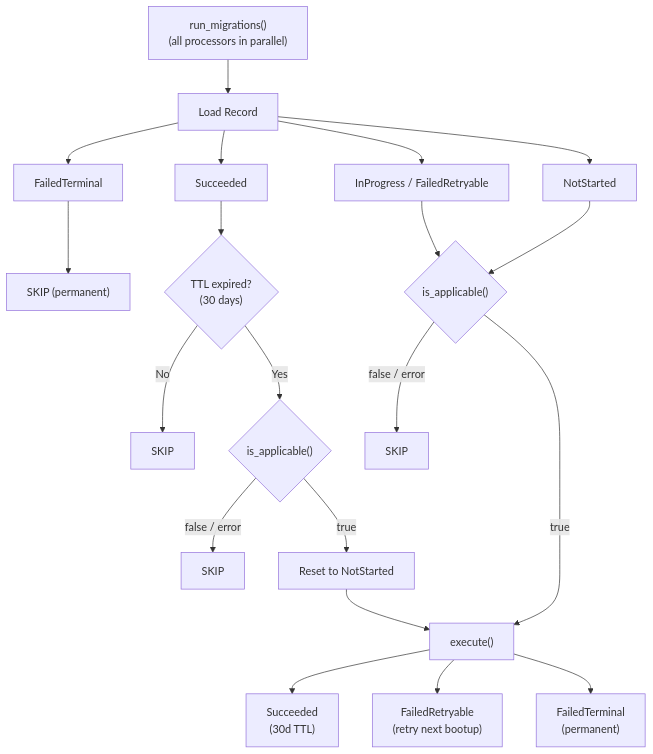
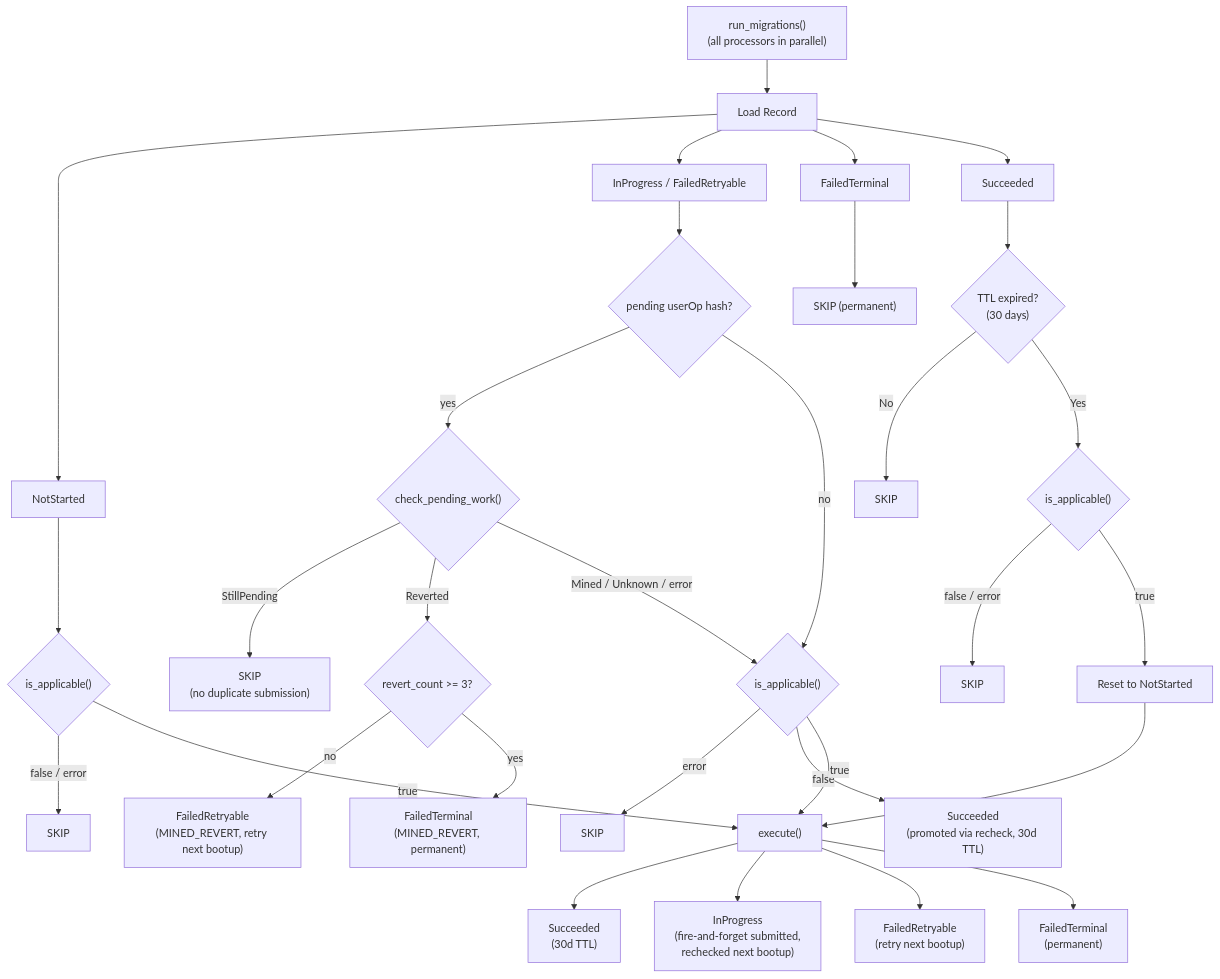
Before and after one commit to worldcoin/bedrock: the diagram in bedrock/src/migration/README.md, drawn with Mermaid. The commit also changed other lines of this file and 8 other files, not shown here.

````diff
--- a/bedrock/src/migration/README.md
+++ b/bedrock/src/migration/README.md
@@ -41,27 +54,38 @@
 ```mermaid
 flowchart TD
     Start["run_migrations()<br/>(all processors in parallel)"] --> Load["Load Record"]
 
     Load --> NotStarted
     Load --> InProgressRetryable["InProgress / FailedRetryable"]
     Load --> FailedTerminal
     Load --> Succeeded
 
     FailedTerminal --> SkipTerminal["SKIP (permanent)"]
 
     Succeeded --> TTLCheck{"TTL expired?<br/>(30 days)"}
     TTLCheck -- No --> SkipTTL["SKIP"]
     TTLCheck -- Yes --> TTLApplicable{"is_applicable()"}
     TTLApplicable -- "false / error" --> SkipTTLFalse["SKIP"]
     TTLApplicable -- true --> ResetRecord["Reset to NotStarted"] --> Execute
 
-    InProgressRetryable --> Applicable
+    InProgressRetryable --> HasPending{"pending userOp hash?"}
+    HasPending -- yes --> CheckPending{"check_pending_work()"}
+    CheckPending -- StillPending --> SkipStillPending["SKIP<br/>(no duplicate submission)"]
+    CheckPending -- Reverted --> RevertCount{"revert_count >= 3?"}
+    RevertCount -- no --> RevertRetryable["FailedRetryable<br/>(MINED_REVERT, retry next bootup)"]
+    RevertCount -- yes --> RevertTerminal["FailedTerminal<br/>(MINED_REVERT, permanent)"]
+    CheckPending -- "Mined / Unknown / error" --> ApplicableIP
+    HasPending -- no --> ApplicableIP{"is_applicable()"}
+    ApplicableIP -- error --> SkipIPErr["SKIP"]
+    ApplicableIP -- "false" --> Promote["Succeeded<br/>(promoted via recheck, 30d TTL)"]
+    ApplicableIP -- true --> Execute
 
     NotStarted --> Applicable{"is_applicable()"}
     Applicable -- "false / error" --> SkipNA["SKIP"]
     Applicable -- true --> Execute
 
     Execute["execute()"] --> Success["Succeeded<br/>(30d TTL)"]
+    Execute --> Pending["InProgress<br/>(fire-and-forget submitted,<br/>rechecked next bootup)"]
     Execute --> Retryable["FailedRetryable<br/>(retry next bootup)"]
     Execute --> Terminal["FailedTerminal<br/>(permanent)"]
 ```
````
